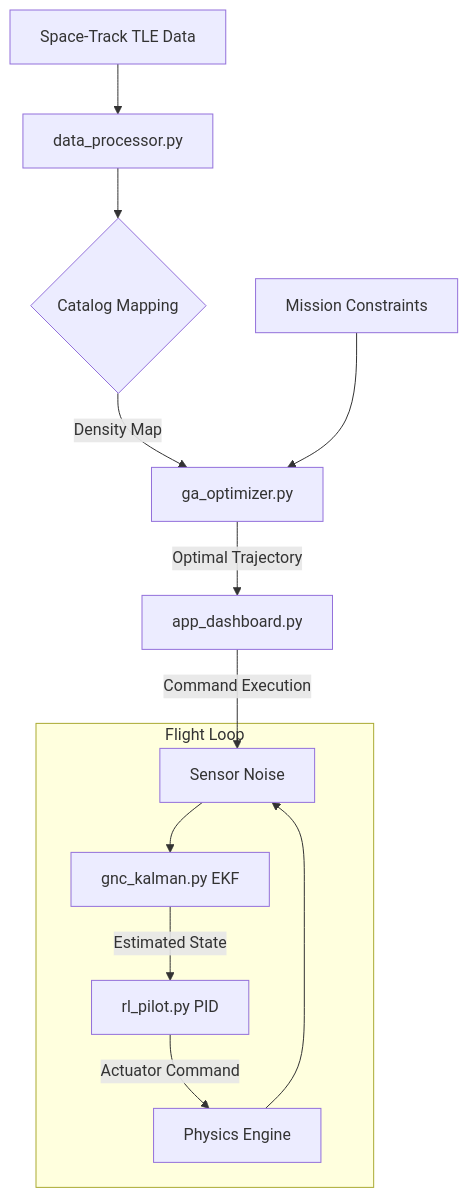
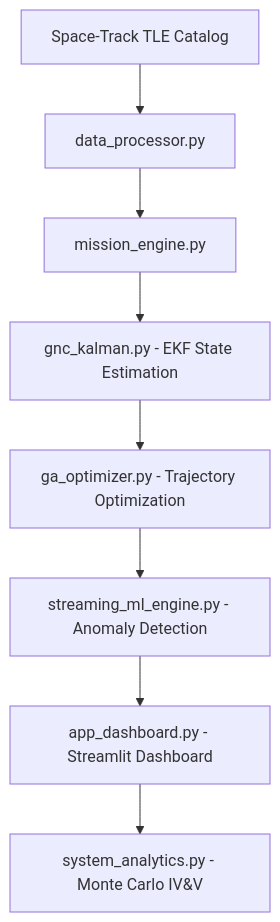
The diagram in README.md (poojakira/Mission-Control-Telemetry-Simulator), drawn with Mermaid before and after one commit. The commit also changed other lines of this file, not shown here.

````diff
--- a/README.md
+++ b/README.md
@@ -76,17 +109,10 @@
 ```mermaid
 graph TD
-    A[Space-Track TLE Data] --> B[data_processor.py]
-    B --> C{Catalog Mapping}
-    C -->|Density Map| D[ga_optimizer.py]
-    E[Mission Constraints] --> D
-    D -->|Optimal Trajectory| F[app_dashboard.py]
-    
-    subgraph "Flight Loop"
-    G[Sensor Noise] --> H[gnc_kalman.py EKF]
-    H -->|Estimated State| I[rl_pilot.py PID]
-    I -->|Actuator Command| J[Physics Engine]
-    J --> G
-    end
-    
-    F -->|Command Execution| G
+    A[Space-Track TLE Catalog] --> B[data_processor.py]
+    B --> C[mission_engine.py]
+    C --> D[gnc_kalman.py - EKF State Estimation]
+    D --> E[ga_optimizer.py - Trajectory Optimization]
+    E --> F[streaming_ml_engine.py - Anomaly Detection]
+    F --> G[app_dashboard.py - Streamlit Dashboard]
+    G --> H[system_analytics.py - Monte Carlo IV&V]
 ```
````
